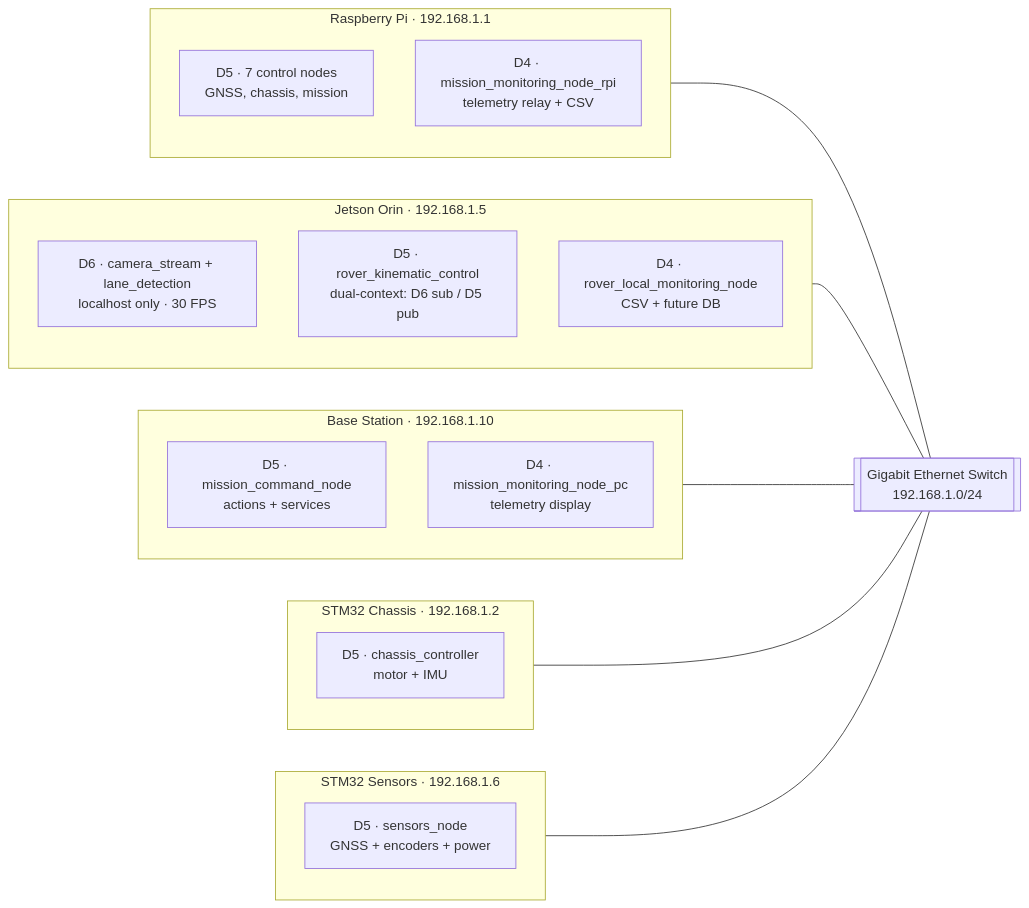
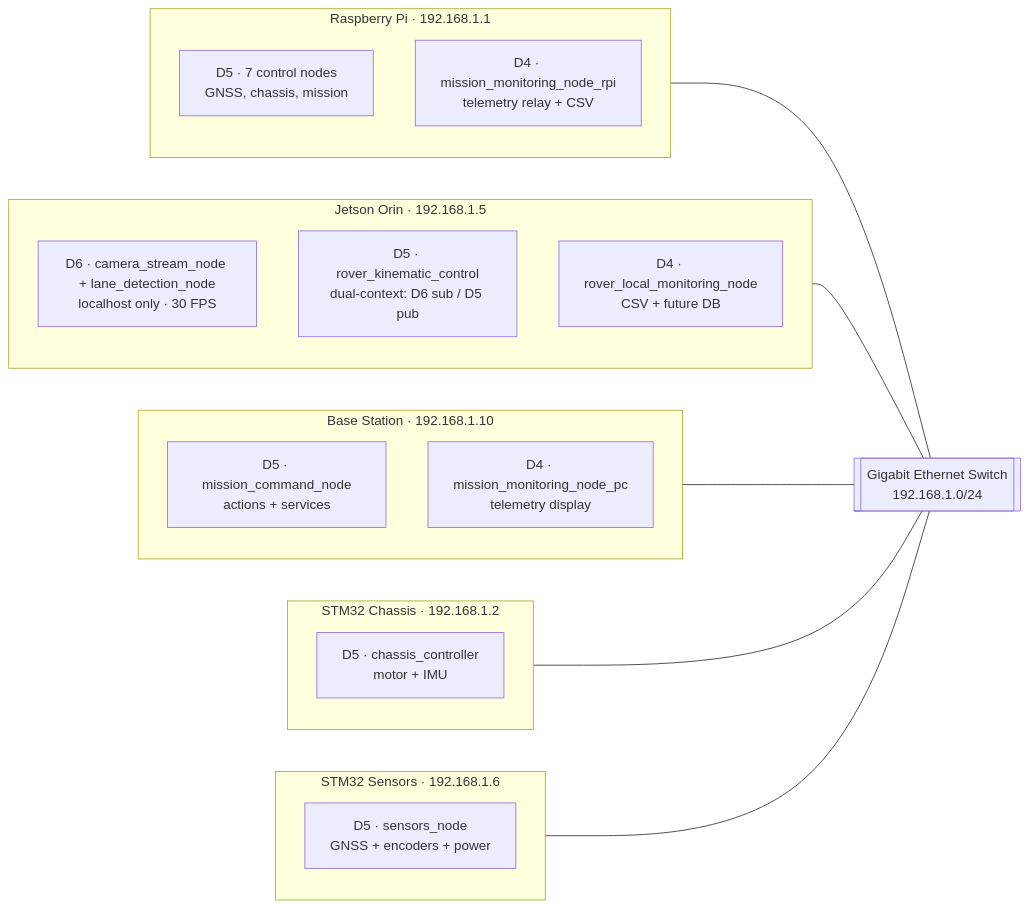
One commit to RoboticsGG/almondmatcha changed the first of 2 diagrams in docs/ARCHITECTURE.md. Above: the diagram before and after it, drawn with Mermaid. The commit also changed other lines of this file and 30 other files, not shown here.

````diff
--- a/docs/ARCHITECTURE.md
+++ b/docs/ARCHITECTURE.md
@@ -19,34 +19,34 @@
 ```mermaid
 graph LR
     SW[["Gigabit Ethernet Switch\n192.168.1.0/24"]]
 
     subgraph RPi ["Raspberry Pi · 192.168.1.1"]
         R1["D5 · 7 control nodes\nGNSS, chassis, mission"]
         R2["D4 · mission_monitoring_node_rpi\ntelemetry relay + CSV"]
     end
 
     subgraph JET ["Jetson Orin · 192.168.1.5"]
-        J1["D6 · camera_stream + lane_detection\nlocalhost only · 30 FPS"]
+        J1["D6 · camera_stream_node + lane_detection_node\nlocalhost only · 30 FPS"]
         J2["D5 · rover_kinematic_control\ndual-context: D6 sub / D5 pub"]
         J3["D4 · rover_local_monitoring_node\nCSV + future DB"]
     end
 
     subgraph BASE ["Base Station · 192.168.1.10"]
         B1["D5 · mission_command_node\nactions + services"]
         B2["D4 · mission_monitoring_node_pc\ntelemetry display"]
     end
 
     subgraph CHS ["STM32 Chassis · 192.168.1.2"]
         C1["D5 · chassis_controller\nmotor + IMU"]
     end
 
     subgraph SNS ["STM32 Sensors · 192.168.1.6"]
         S1["D5 · sensors_node\nGNSS + encoders + power"]
     end
 
     RPi --- SW
     JET --- SW
     BASE --- SW
     CHS --- SW
     SNS --- SW
 ```
````
